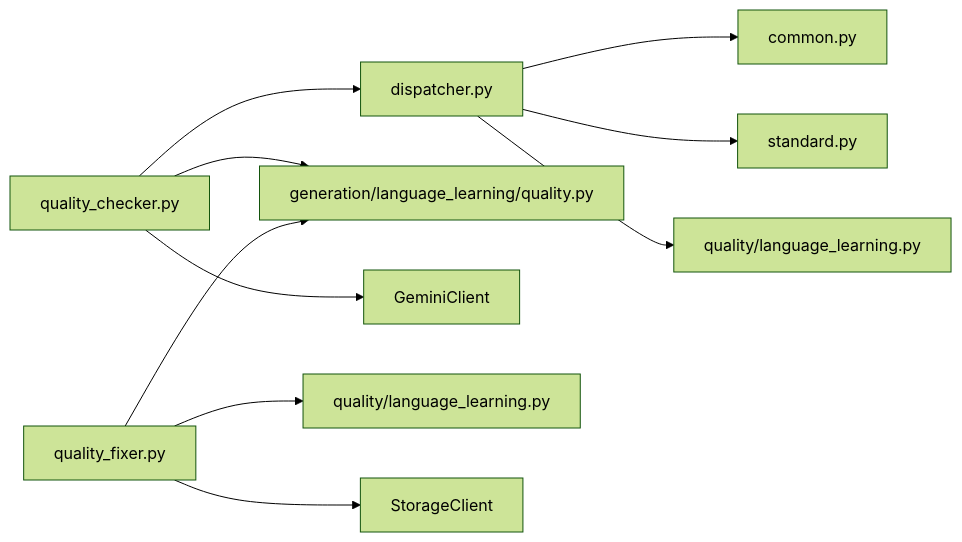
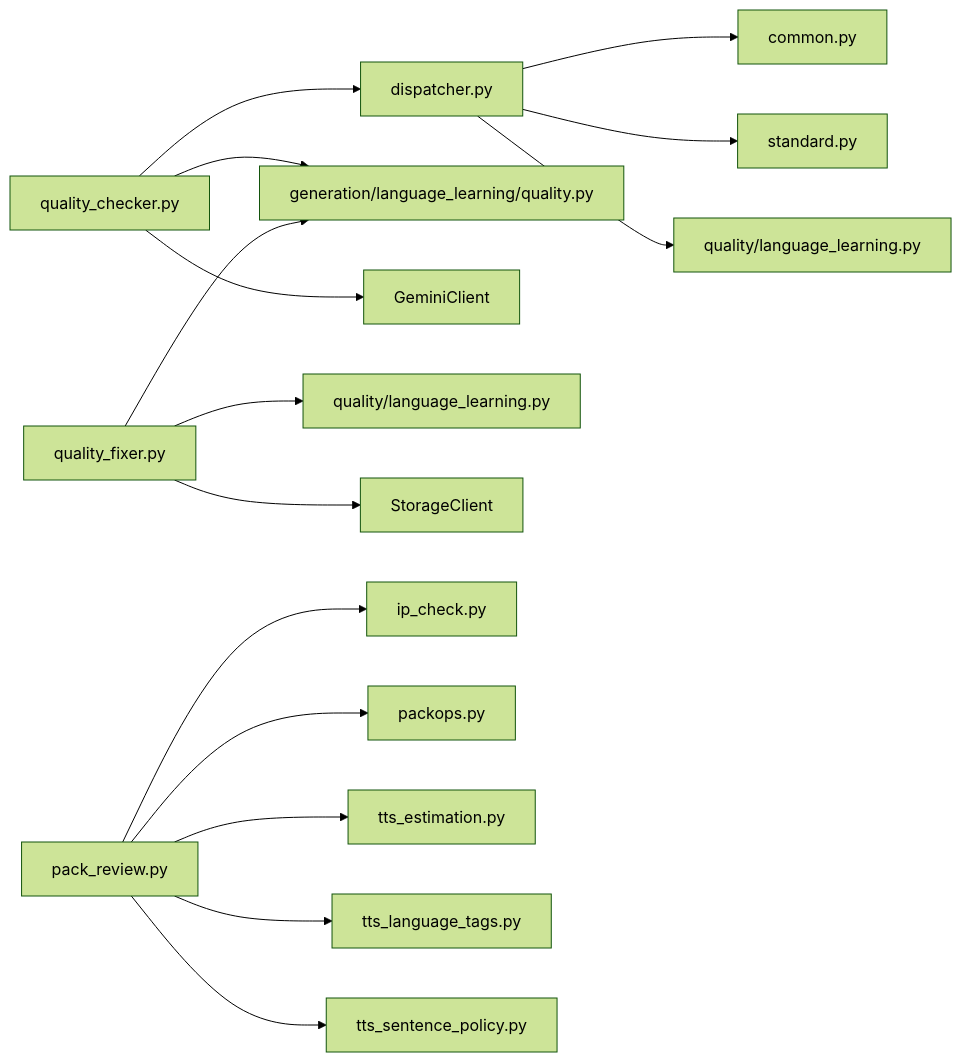
One commit to RazWeb3/sokqa-studio changed the eighth of 8 diagrams in .qoder/repowiki/ja/content/品質チェック・自動修正サブシステム.md. Above: the diagram before and after it, drawn with Mermaid (forest theme). The commit also changed other lines of this file and 1 other file, not shown here.

First line of the commit message:
feat(pack_review): オフラインパックレビュー機能を追加する

````diff
--- a/.qoder/repowiki/ja/content/品質チェック・自動修正サブシステム.md
+++ b/.qoder/repowiki/ja/content/品質チェック・自動修正サブシステム.md
@@ -292,12 +349,17 @@
 ```mermaid
 graph LR
 QC["quality_checker.py"] --> D["dispatcher.py"]
 QC --> GQL["generation/language_learning/quality.py"]
 QC --> LLM["GeminiClient"]
 D --> C["common.py"]
 D --> S["standard.py"]
 D --> LLQ["quality/language_learning.py"]
 QF["quality_fixer.py"] --> GQL
 QF --> QLL["quality/language_learning.py"]
 QF --> Store["StorageClient"]
+PR["pack_review.py"] --> IP["ip_check.py"]
+PR --> PO["packops.py"]
+PR --> TE["tts_estimation.py"]
+PR --> TL["tts_language_tags.py"]
+PR --> TS["tts_sentence_policy.py"]
 ```
````
